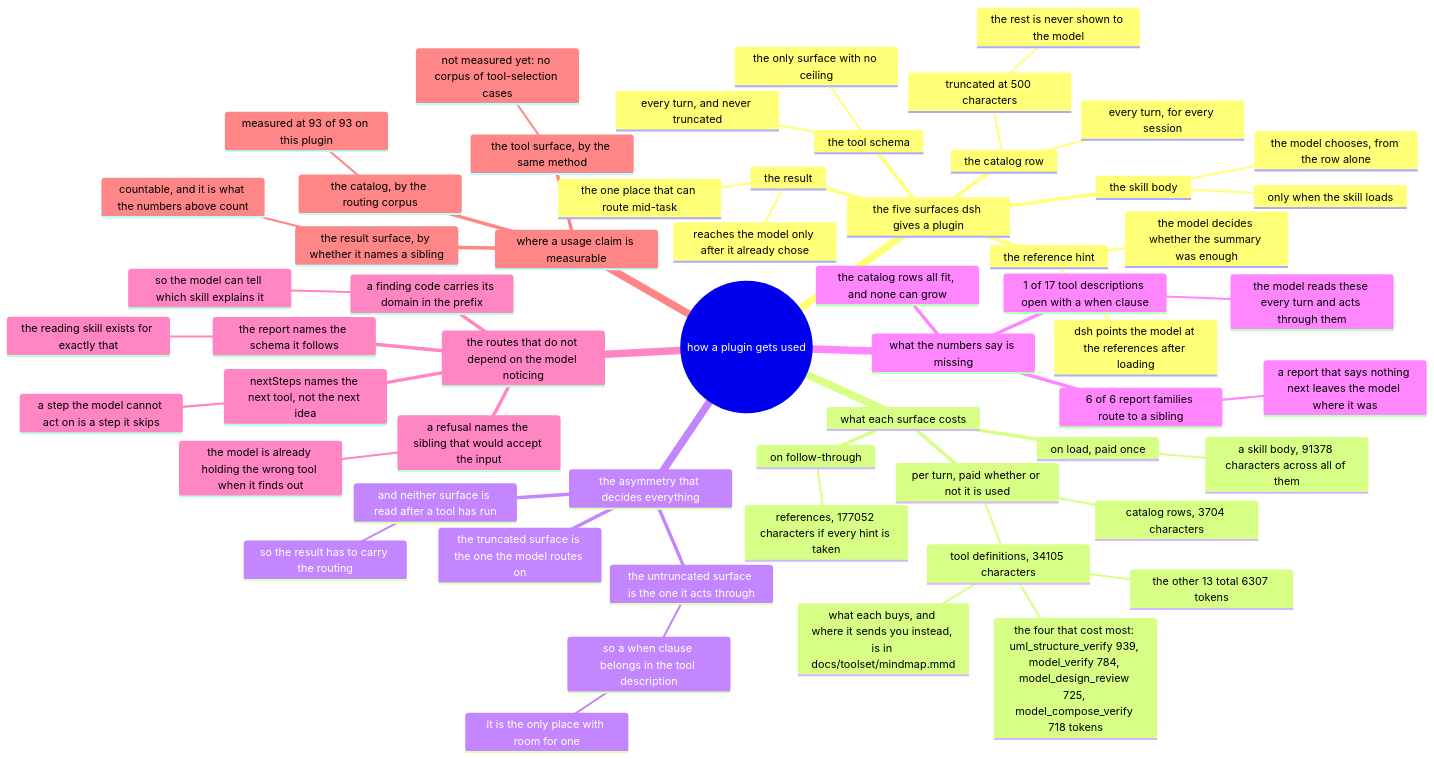
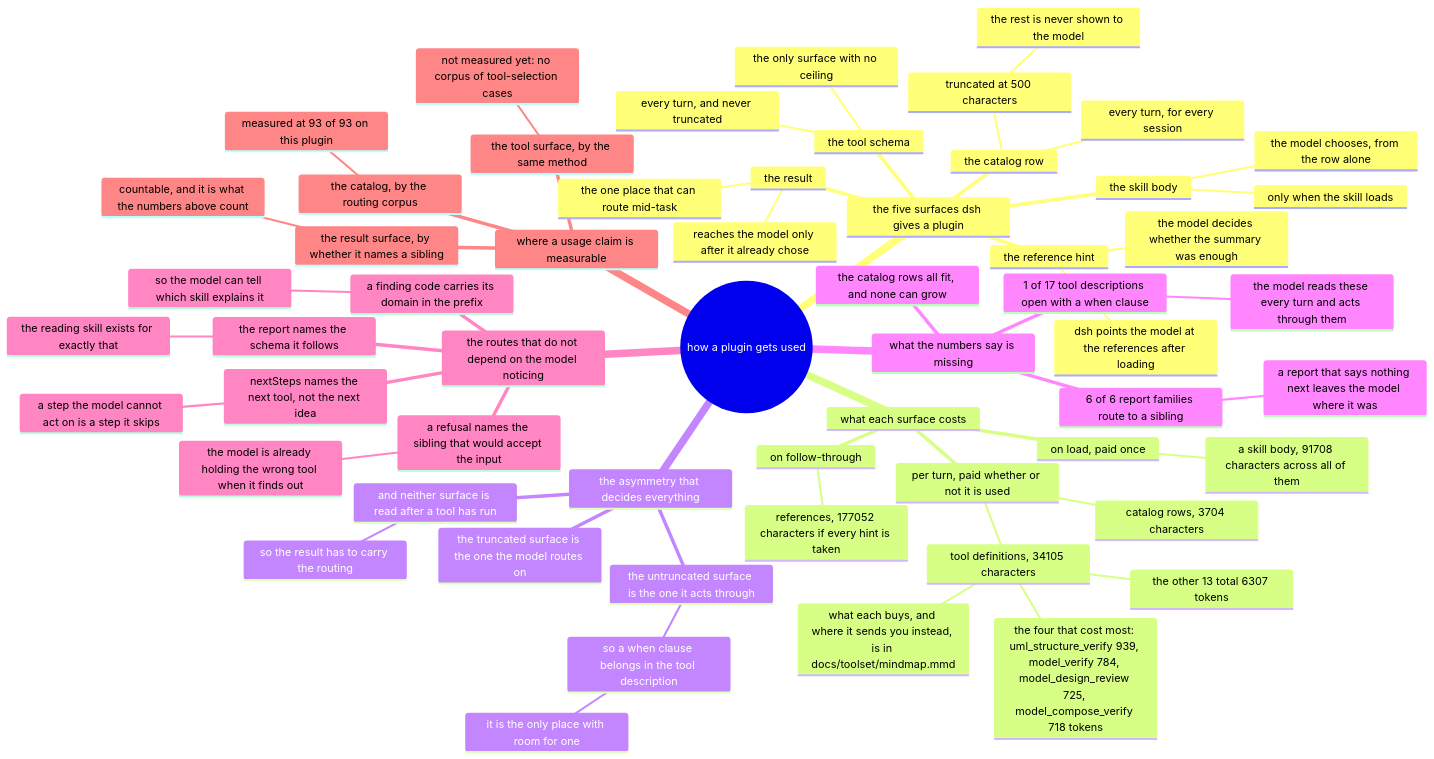
One commit to AmethystLuna/dsh-model-everything changed the diagram in docs/usage/mindmap.mmd. Above: the diagram before and after it, drawn with Mermaid. The commit also changed 6 other files, not shown here.

```diff
--- a/docs/usage/mindmap.mmd
+++ b/docs/usage/mindmap.mmd
@@ -1,59 +1,59 @@
 mindmap
 root((how a plugin gets used))
   the five surfaces dsh gives a plugin
     the catalog row
       every turn, for every session
       truncated at 500 characters
         the rest is never shown to the model
     the skill body
       only when the skill loads
       the model chooses, from the row alone
     the reference hint
       dsh points the model at the references after loading
       the model decides whether the summary was enough
     the tool schema
       every turn, and never truncated
       the only surface with no ceiling
     the result
       reaches the model only after it already chose
       the one place that can route mid-task
   what each surface costs
     per turn, paid whether or not it is used
       catalog rows, 3704 characters
       tool definitions, 34105 characters
         the four that cost most: uml_structure_verify 939, model_verify 784, model_design_review 725, model_compose_verify 718 tokens
         the other 13 total 6307 tokens
         what each buys, and where it sends you instead, is in docs/toolset/mindmap.mmd
     on load, paid once
-      a skill body, 91378 characters across all of them
+      a skill body, 91708 characters across all of them
     on follow-through
       references, 177052 characters if every hint is taken
   the asymmetry that decides everything
     the truncated surface is the one the model routes on
     the untruncated surface is the one it acts through
       so a when clause belongs in the tool description
         it is the only place with room for one
     and neither surface is read after a tool has run
       so the result has to carry the routing
   what the numbers say is missing
     1 of 17 tool descriptions open with a when clause
       the model reads these every turn and acts through them
     6 of 6 report families route to a sibling
       a report that says nothing next leaves the model where it was
     the catalog rows all fit, and none can grow
   the routes that do not depend on the model noticing
     a refusal names the sibling that would accept the input
       the model is already holding the wrong tool when it finds out
     nextSteps names the next tool, not the next idea
       a step the model cannot act on is a step it skips
     a finding code carries its domain in the prefix
       so the model can tell which skill explains it
     the report names the schema it follows
       the reading skill exists for exactly that
   where a usage claim is measurable
     the catalog, by the routing corpus
       measured at 93 of 93 on this plugin
     the tool surface, by the same method
       not measured yet: no corpus of tool-selection cases
     the result surface, by whether it names a sibling
       countable, and it is what the numbers above count
```
